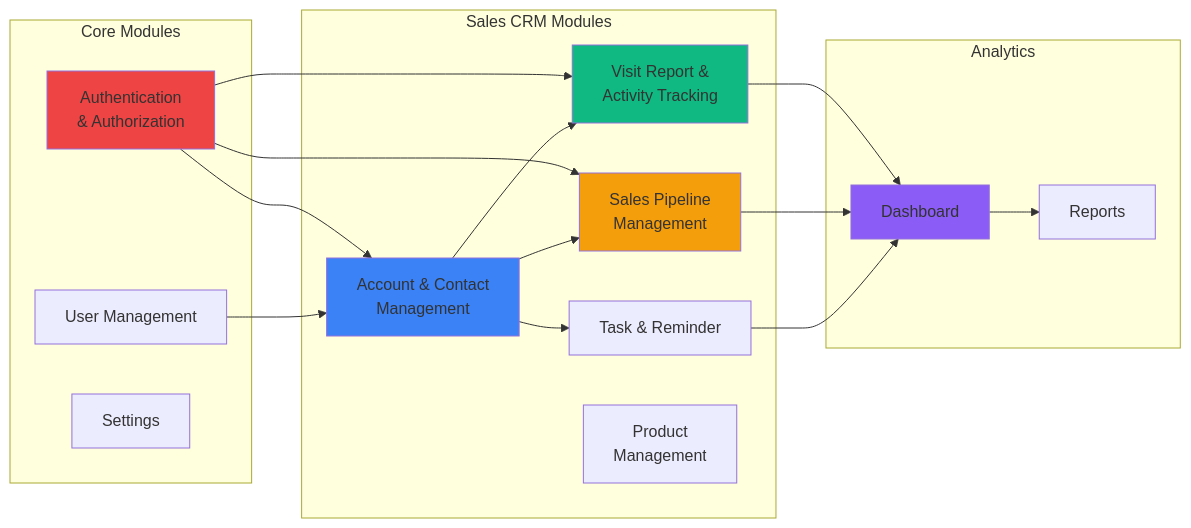
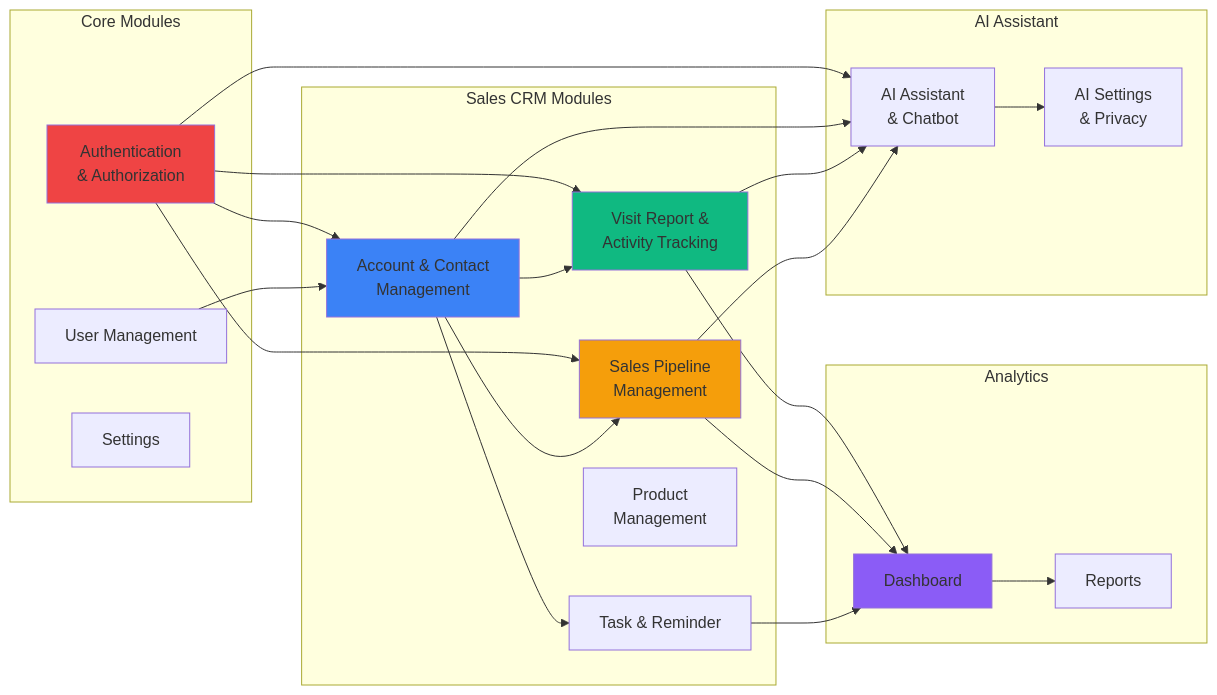
One commit to Gilabs-Studio/crm-healthcare changed the second of 14 diagrams in docs/PROJECT_DIAGRAMS.md. Above: the diagram before and after it, drawn with Mermaid. The commit also changed other lines of this file and 20 other files, not shown here.

Commit message:
feat(ai): implement AI settings management with CRUD operations; enhance chatbot functionality to utilize AI settings for model selection and data privacy controls; add UI components for configuring AI provider, model, and API key; integrate usage tracking and display current usage statistics.

````diff
--- a/docs/PROJECT_DIAGRAMS.md
+++ b/docs/PROJECT_DIAGRAMS.md
@@ -55,39 +55,49 @@
 ```mermaid
 graph LR
     subgraph "Core Modules"
         AUTH[Authentication<br/>& Authorization]
         USER[User Management]
         SETTINGS[Settings]
     end
     
     subgraph "Sales CRM Modules"
         ACCOUNT[Account & Contact<br/>Management]
         VISIT[Visit Report &<br/>Activity Tracking]
         PIPELINE[Sales Pipeline<br/>Management]
         TASK[Task & Reminder]
         PRODUCT[Product<br/>Management]
     end
     
     subgraph "Analytics"
         DASHBOARD[Dashboard]
         REPORTS[Reports]
     end
     
+    subgraph "AI Assistant"
+        AI[AI Assistant<br/>& Chatbot]
+        AI_SETTINGS[AI Settings<br/>& Privacy]
+    end
+    
     AUTH --> ACCOUNT
     AUTH --> VISIT
     AUTH --> PIPELINE
+    AUTH --> AI
     USER --> ACCOUNT
     ACCOUNT --> VISIT
     ACCOUNT --> PIPELINE
     ACCOUNT --> TASK
+    ACCOUNT --> AI
     VISIT --> DASHBOARD
+    VISIT --> AI
     PIPELINE --> DASHBOARD
+    PIPELINE --> AI
     TASK --> DASHBOARD
     DASHBOARD --> REPORTS
+    AI --> AI_SETTINGS
     
     style AUTH fill:#ef4444
     style ACCOUNT fill:#3b82f6
     style VISIT fill:#10b981
     style PIPELINE fill:#f59e0b
     style DASHBOARD fill:#8b5cf6
 ```
````
